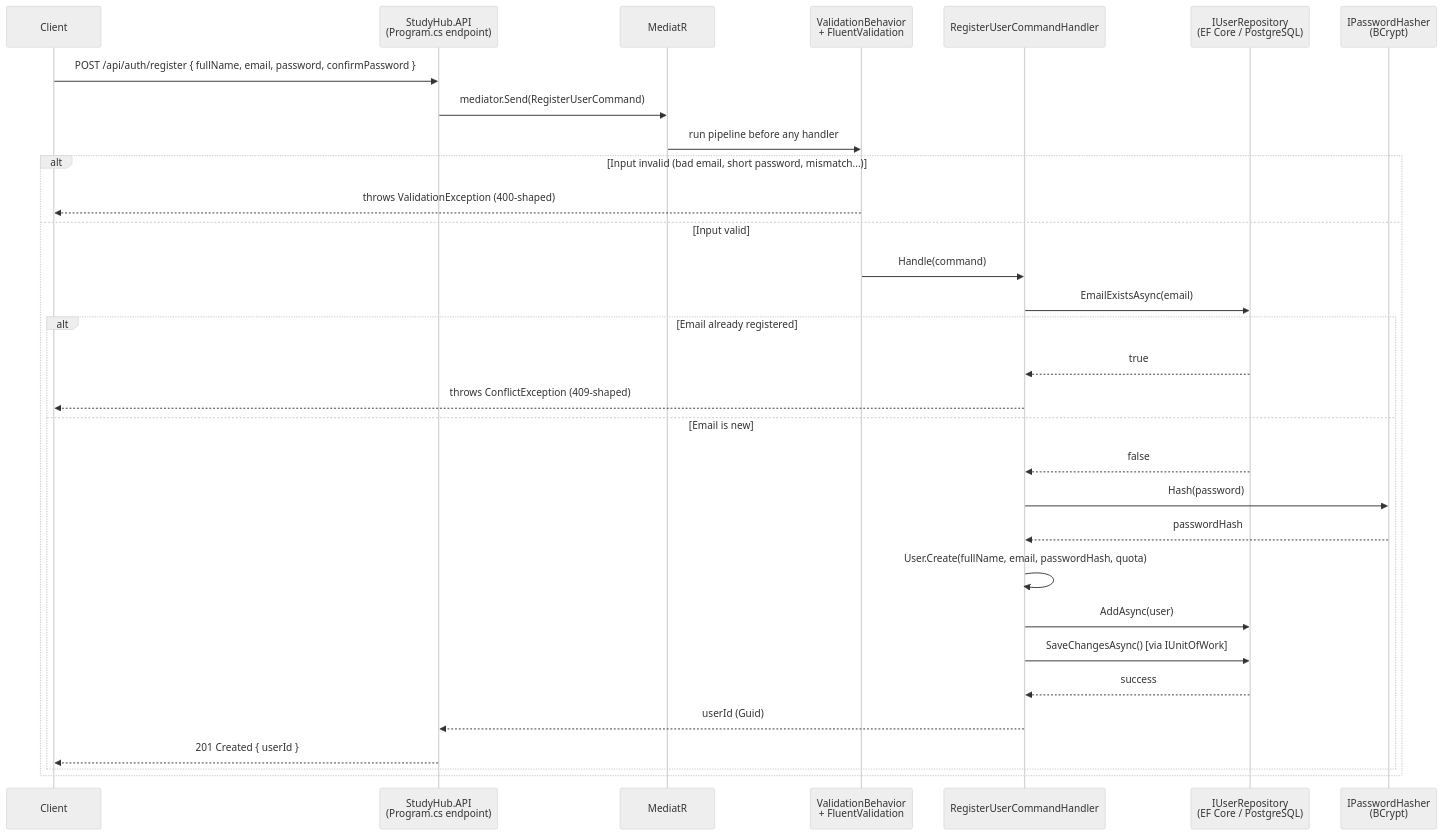
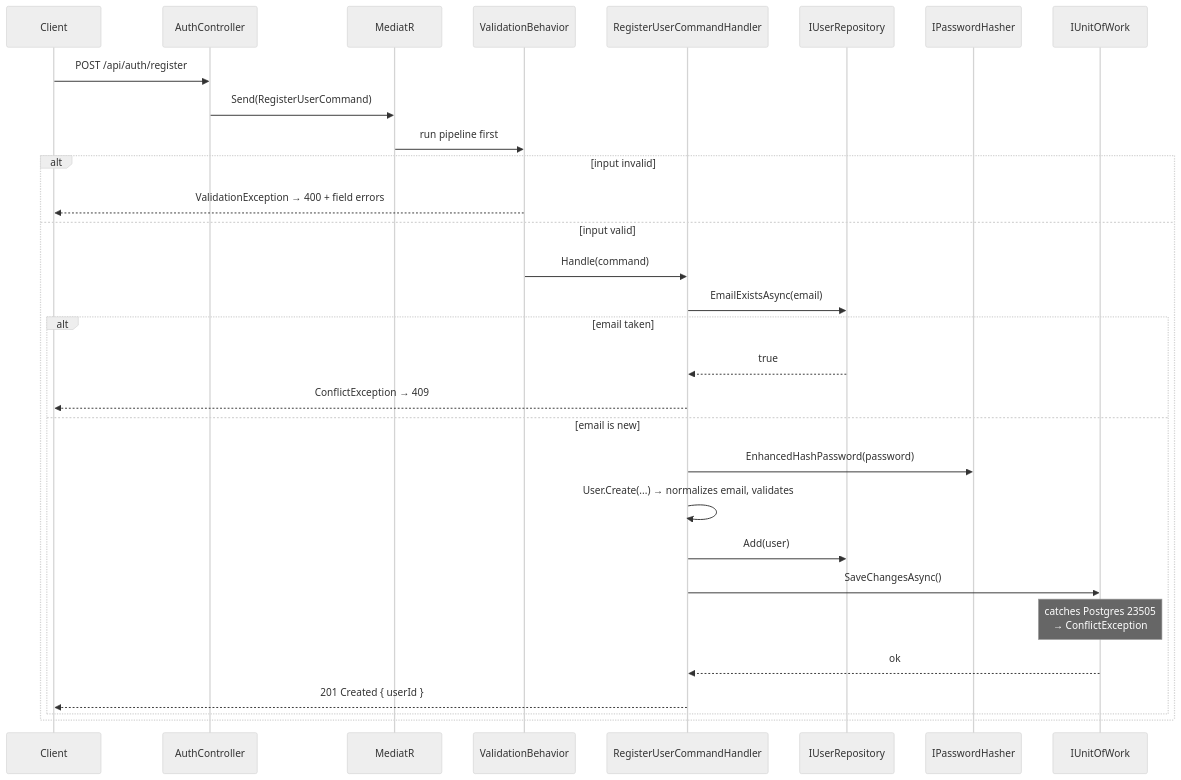
Before and after one commit to alamr-nawaf/StudyHub: the second of 7 diagrams in docs/ARCHITECTURE.md, drawn with Mermaid (neutral theme). The commit also changed other lines of this file and 14 other files, not shown here.

````diff
--- a/docs/ARCHITECTURE.md
+++ b/docs/ARCHITECTURE.md
@@ -87,35 +183,34 @@
 ```mermaid
 sequenceDiagram
     participant Client
-    participant API as StudyHub.API<br/>(Program.cs endpoint)
-    participant Mediator as MediatR
-    participant Validation as ValidationBehavior<br/>+ FluentValidation
-    participant Handler as RegisterUserCommandHandler
-    participant Repo as IUserRepository<br/>(EF Core / PostgreSQL)
-    participant Hasher as IPasswordHasher<br/>(BCrypt)
+    participant Ctrl as AuthController
+    participant Med as MediatR
+    participant Val as ValidationBehavior
+    participant H as RegisterUserCommandHandler
+    participant Repo as IUserRepository
+    participant Hash as IPasswordHasher
+    participant UoW as IUnitOfWork
 
-    Client->>API: POST /api/auth/register { fullName, email, password, confirmPassword }
-    API->>Mediator: mediator.Send(RegisterUserCommand)
-    Mediator->>Validation: run pipeline before any handler
+    Client->>Ctrl: POST /api/auth/register
+    Ctrl->>Med: Send(RegisterUserCommand)
+    Med->>Val: run pipeline first
 
-    alt Input invalid (bad email, short password, mismatch...)
-        Validation-->>Client: throws ValidationException (400-shaped)
-    else Input valid
-        Validation->>Handler: Handle(command)
-        Handler->>Repo: EmailExistsAsync(email)
-        alt Email already registered
-            Repo-->>Handler: true
-            Handler-->>Client: throws ConflictException (409-shaped)
-        else Email is new
-            Repo-->>Handler: false
-            Handler->>Hasher: Hash(password)
-            Hasher-->>Handler: passwordHash
-            Handler->>Handler: User.Create(fullName, email, passwordHash, quota)
-            Handler->>Repo: AddAsync(user)
-            Handler->>Repo: SaveChangesAsync() [via IUnitOfWork]
-            Repo-->>Handler: success
-            Handler-->>API: userId (Guid)
-            API-->>Client: 201 Created { userId }
+    alt input invalid
+        Val-->>Client: ValidationException → 400 + field errors
+    else input valid
+        Val->>H: Handle(command)
+        H->>Repo: EmailExistsAsync(email)
+        alt email taken
+            Repo-->>H: true
+            H-->>Client: ConflictException → 409
+        else email is new
+            H->>Hash: EnhancedHashPassword(password)
+            H->>H: User.Create(...) → normalizes email, validates
+            H->>Repo: Add(user)
+            H->>UoW: SaveChangesAsync()
+            Note over UoW: catches Postgres 23505<br/>→ ConflictException
+            UoW-->>H: ok
+            H-->>Client: 201 Created { userId }
         end
     end
 ```
````
